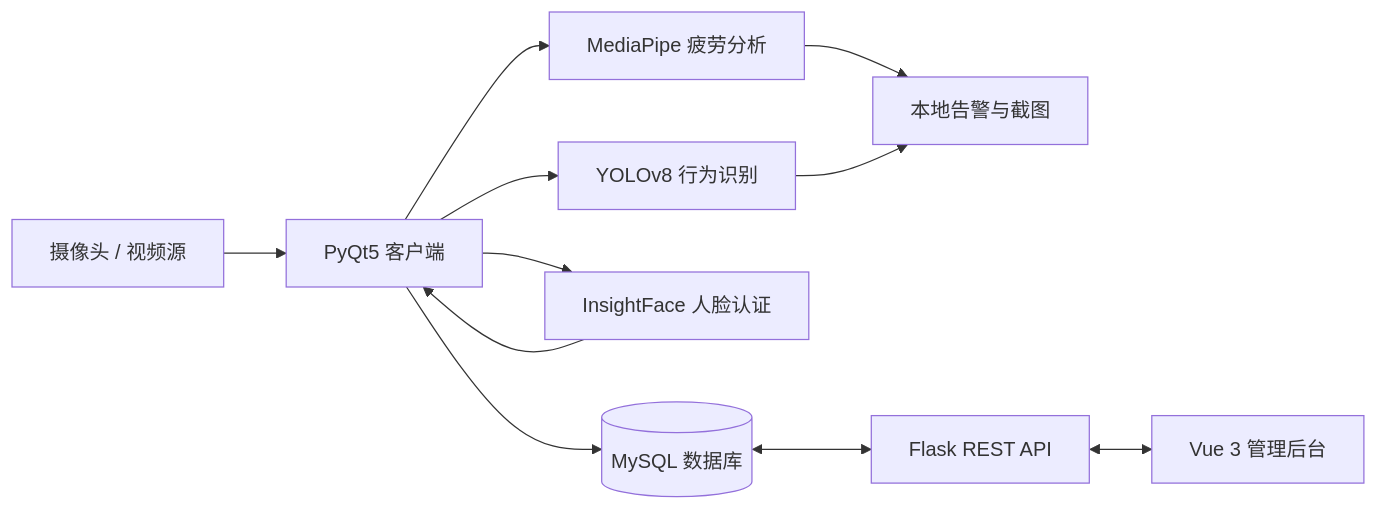
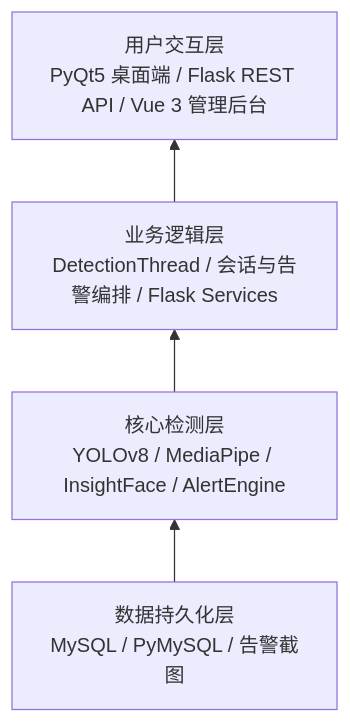
One commit to len03echo/driver-monitoring-system changed the diagram in README.md. Above: the diagram before and after it, drawn with Mermaid. The commit also changed other lines of this file and 4 other files, not shown here.

````diff
--- a/README.md
+++ b/README.md
@@ -24,13 +51,6 @@
 ```mermaid
-flowchart LR
-    A[摄像头 / 视频源] --> B[PyQt5 客户端]
-    B --> C[MediaPipe 疲劳分析]
-    B --> D[YOLOv8 行为识别]
-    B --> E[InsightFace 人脸认证]
-    C --> F[本地告警与截图]
-    D --> F
-    E --> B
-    B --> G[(MySQL 数据库)]
-    G <--> H[Flask REST API]
-    H <--> I[Vue 3 管理后台]
+flowchart BT
+    A[数据持久化层<br/>MySQL / PyMySQL / 告警截图] --> B[核心检测层<br/>YOLOv8 / MediaPipe / InsightFace / AlertEngine]
+    B --> C[业务逻辑层<br/>DetectionThread / 会话与告警编排 / Flask Services]
+    C --> D[用户交互层<br/>PyQt5 桌面端 / Flask REST API / Vue 3 管理后台]
 ```
````
